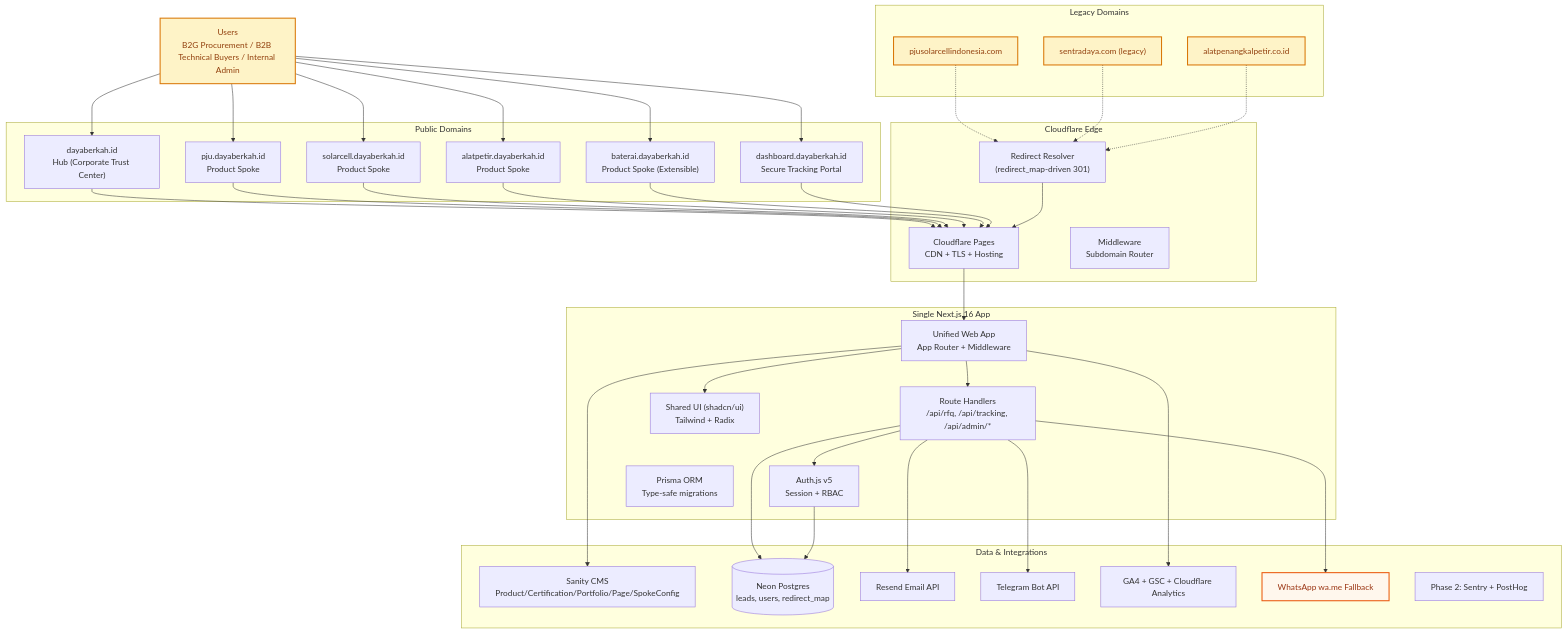
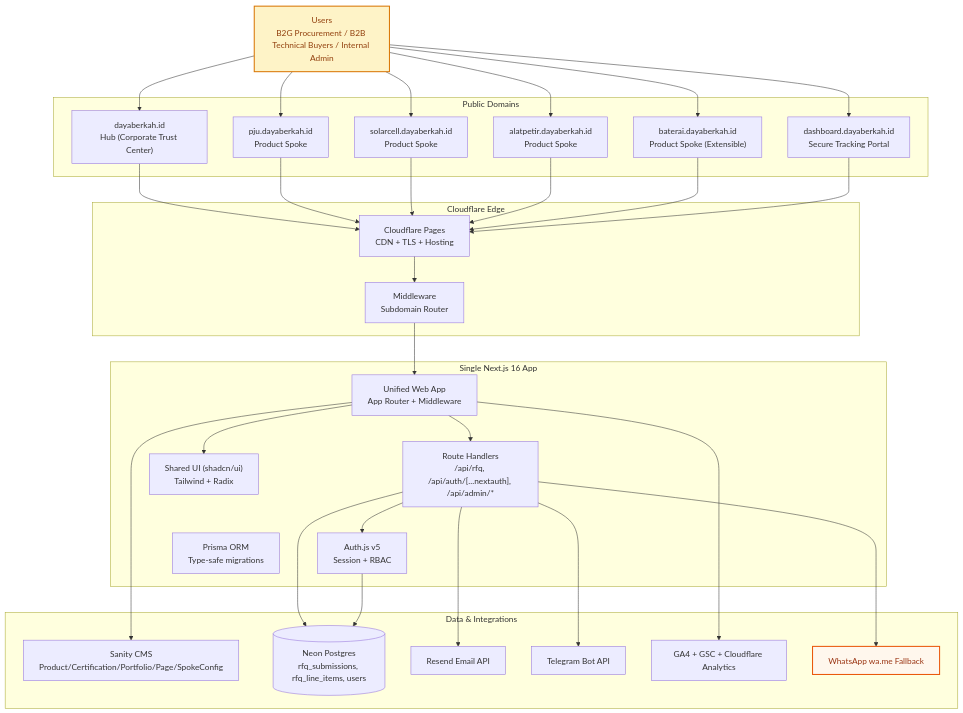
The diagram in docs/system/architecture/overview.md (pxrzival404/arostech-hub), drawn with Mermaid before and after one commit. The commit also changed other lines of this file and 72 other files, not shown here.

Commit message:
docs(refactor): complete Phase 0 HLA architecture cascade and 7-Pillars standardisation

````diff
--- a/docs/system/architecture/overview.md
+++ b/docs/system/architecture/overview.md
@@ -27,77 +42,51 @@
 ```mermaid
 ---
 config:
   layout: dagre
 ---
 flowchart TD
     classDef entry fill:#fef3c7,stroke:#d97706,stroke-width:2px,color:#92400e
     classDef conversion fill:#fff7ed,stroke:#ea580c,stroke-width:2px,color:#9a3412
 
     U["Users\nB2G Procurement / B2B Technical Buyers / Internal Admin"]
     subgraph DNS["Public Domains"]
         HUB["dayaberkah.id\nHub (Corporate Trust Center)"]
         PJU["pju.dayaberkah.id\nProduct Spoke"]
         SOL["solarcell.dayaberkah.id\nProduct Spoke"]
         LGT["alatpetir.dayaberkah.id\nProduct Spoke"]
         BAT["baterai.dayaberkah.id\nProduct Spoke (Extensible)"]
         DASH["dashboard.dayaberkah.id\nSecure Tracking Portal"]
     end
     subgraph EDGE["Cloudflare Edge"]
         CF["Cloudflare Pages\nCDN + TLS + Hosting"]
-        REDIR["Redirect Resolver\n(redirect_map-driven 301)"]
         MW["Middleware\nSubdomain Router"]
     end
     subgraph APP["Single Next.js 16 App"]
         WEB["Unified Web App\nApp Router + Middleware"]
-        API["Route Handlers\n/api/rfq, /api/tracking, /api/admin/*"]
+        API["Route Handlers\n/api/rfq, /api/auth/[...nextauth], /api/admin/*"]
         AUTH["Auth.js v5\nSession + RBAC"]
         UI["Shared UI (shadcn/ui)\nTailwind + Radix"]
         PRS["Prisma ORM\nType-safe migrations"]
     end
     subgraph DATA["Data & Integrations"]
         SANITY["Sanity CMS\nProduct/Certification/Portfolio/Page/SpokeConfig"]
-        PS[("Neon Postgres\nleads, users, redirect_map")]
+        PS[("Neon Postgres\nrfq_submissions, rfq_line_items, users")]
         RESEND["Resend Email API"]
         TG["Telegram Bot API"]
         GA["GA4 + GSC + Cloudflare Analytics"]
         WA["WhatsApp wa.me Fallback"]
-        PH2["Phase 2: Sentry + PostHog"]
     end
-    subgraph LEGACY["Legacy Domains"]
-        L1["pjusolarcellindonesia.com"]
-        L2["sentradaya.com (legacy)"]
-        L3["alatpenangkalpetir.co.id"]
-    end
-    U --> HUB
-    U --> PJU
-    U --> SOL
-    U --> LGT
-    U --> BAT
-    U --> DASH
-    HUB --> CF
-    PJU --> CF
-    SOL --> CF
-    LGT --> CF
-    BAT --> CF
-    DASH --> CF
-    L1 -.-> REDIR
-    L2 -.-> REDIR
-    L3 -.-> REDIR
-    REDIR --> CF
-    CF --> WEB
-    WEB --> UI
-    WEB --> SANITY
-    WEB --> API
-    API --> PS
-    API --> RESEND
-    API --> TG
-    API --> AUTH
+
+    U --> HUB & PJU & SOL & LGT & BAT & DASH
+    HUB & PJU & SOL & LGT & BAT & DASH --> CF
+    CF --> MW
+    MW --> WEB
+    WEB --> UI & SANITY & API
+    API --> PS & RESEND & TG & AUTH
     AUTH --> PS
     WEB --> GA
     API --> WA
+
     class U entry
-    class L1 entry
-    class L2 entry
-    class L3 entry
     class WA conversion
 ```
````
